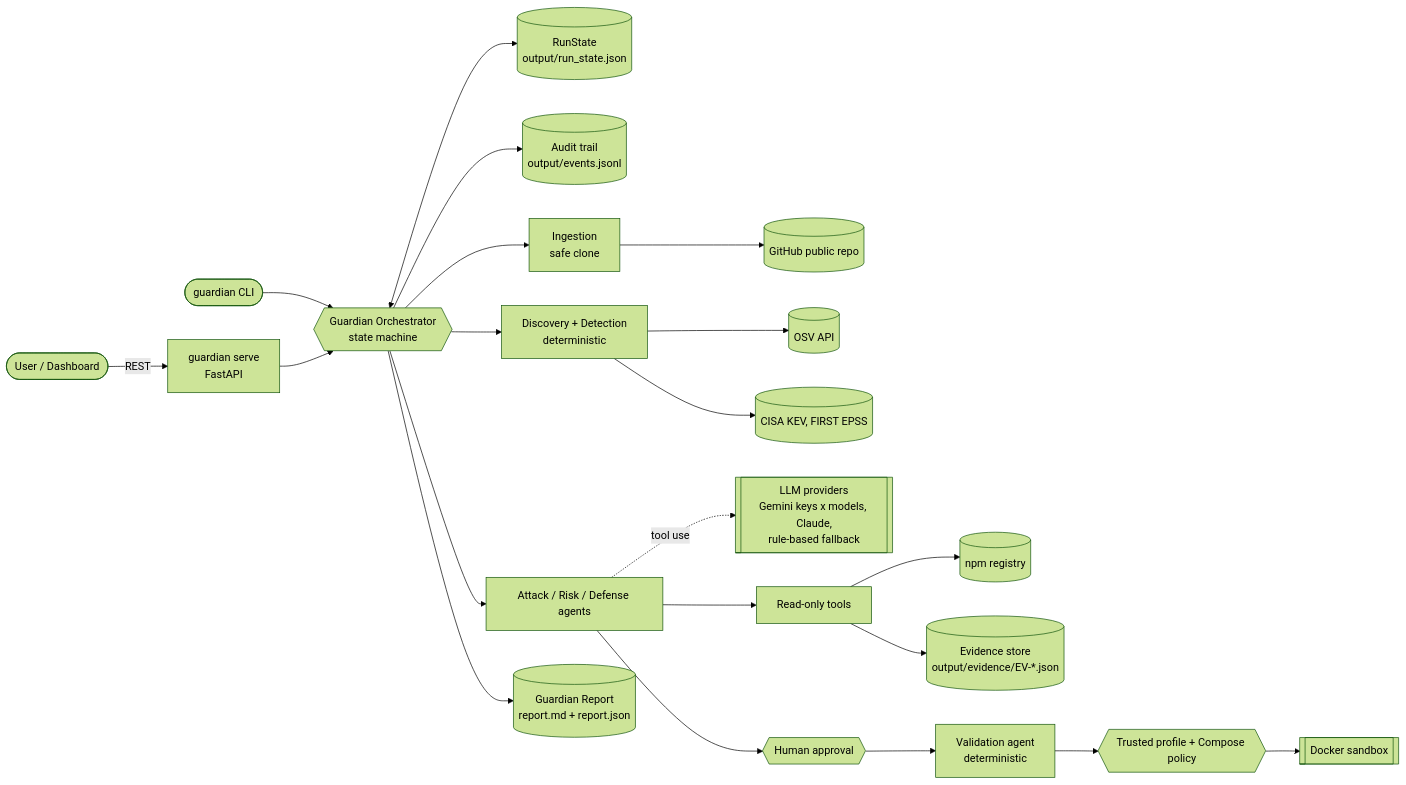
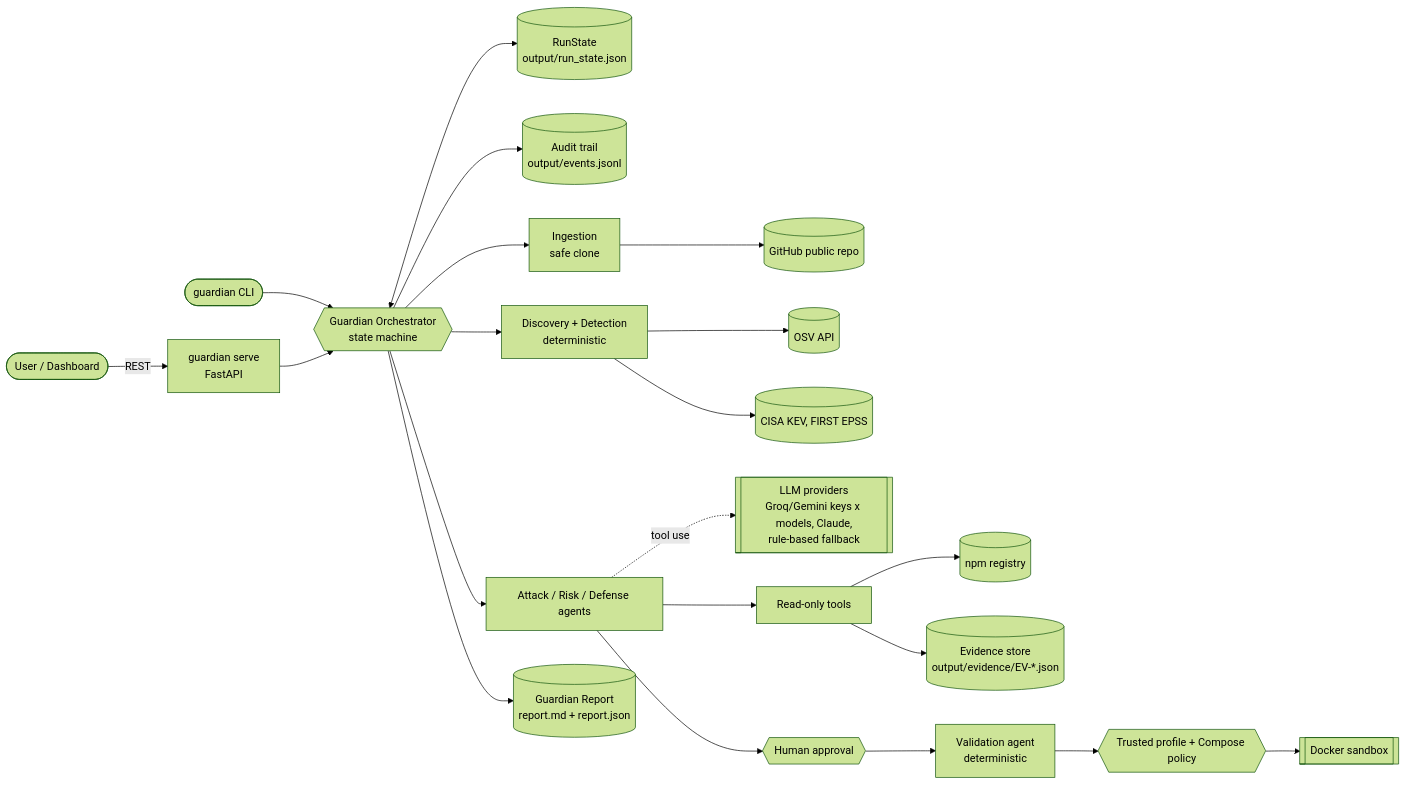
The first of 6 diagrams in docs/architecture.md (Neha-Jacob-8/supply-chain-guardian), drawn with Mermaid (forest theme) before and after one commit. The commit also changed 11 other files, not shown here.

Commit message:
Add Groq multi-key provider fallback

````diff
--- a/docs/architecture.md
+++ b/docs/architecture.md
@@ -11,23 +11,23 @@
 ```mermaid
 flowchart LR
   User([User / Dashboard]) -->|REST| API[guardian serve<br/>FastAPI]
   CLI([guardian CLI]) --> ORCH
   API --> ORCH{{Guardian Orchestrator<br/>state machine}}
   ORCH <--> STATE[(RunState<br/>output/run_state.json)]
   ORCH --> AUDIT[(Audit trail<br/>output/events.jsonl)]
   ORCH --> ING[Ingestion<br/>safe clone]
   ING --> GH[(GitHub public repo)]
   ORCH --> DISC[Discovery + Detection<br/>deterministic]
   DISC --> OSV[(OSV API)]
   DISC --> INTEL[(CISA KEV, FIRST EPSS)]
   ORCH --> AGENTS[Attack / Risk / Defense agents]
-  AGENTS -.->|tool use| LLM[[LLM providers<br/>Gemini keys x models, Claude,<br/>rule-based fallback]]
+  AGENTS -.->|tool use| LLM[[LLM providers<br/>Groq/Gemini keys x models, Claude,<br/>rule-based fallback]]
   AGENTS --> TOOLS[Read-only tools]
   TOOLS --> REG[(npm registry)]
   TOOLS --> EVID[(Evidence store<br/>output/evidence/EV-*.json)]
   AGENTS --> GATE{{Human approval}}
   GATE --> VAL[Validation agent<br/>deterministic]
   VAL --> POLICY{{Trusted profile + Compose policy}}
   POLICY --> DOCKER[[Docker sandbox]]
   ORCH --> REP[(Guardian Report<br/>report.md + report.json)]
 ```
````
